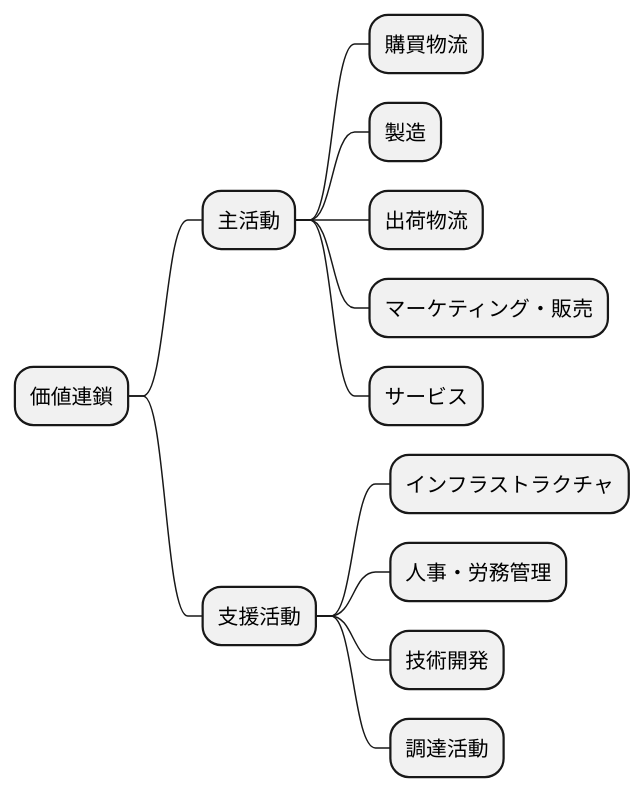
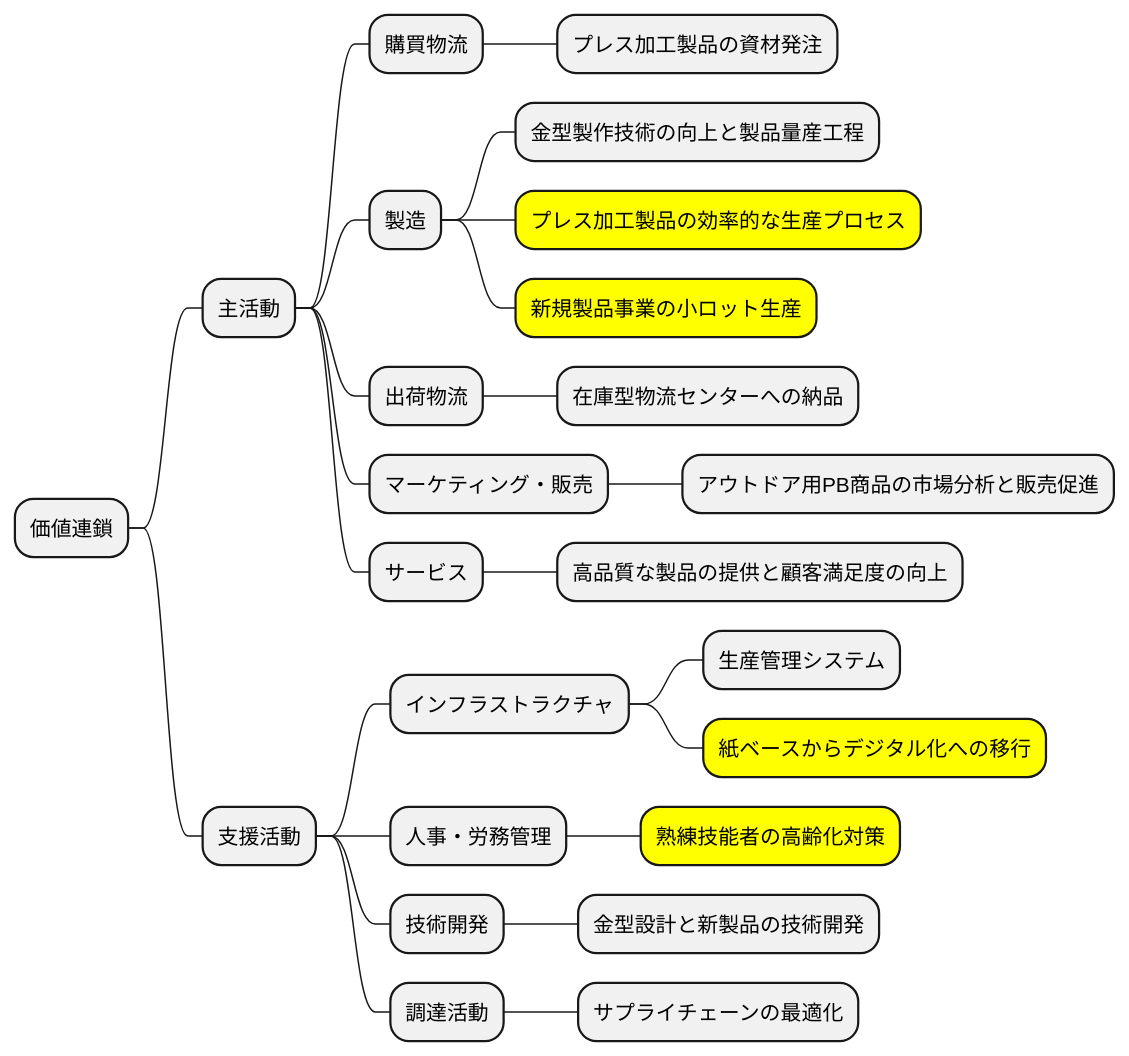
Before and after one commit to k2works/case-sutudy-business-analysis: the tenth of 16 diagrams in docs/case/r04_case_3.adoc, drawn with PlantUML. The commit also changed other lines of this file and 1 other file, not shown here.

```diff
--- a/docs/case/r04_case_3.adoc
+++ b/docs/case/r04_case_3.adoc
@@ -382,19 +390,29 @@
 [plantuml]
 ----
 @startmindmap
-
 * 価値連鎖
 ** 主活動
 *** 購買物流
+**** プレス加工製品の資材発注
 *** 製造
+**** 金型製作技術の向上と製品量産工程
+****[#yellow] プレス加工製品の効率的な生産プロセス
+****[#yellow] 新規製品事業の小ロット生産
 *** 出荷物流
+**** 在庫型物流センターへの納品
 *** マーケティング・販売
+**** アウトドア用PB商品の市場分析と販売促進
 *** サービス
+**** 高品質な製品の提供と顧客満足度の向上
 ** 支援活動
 *** インフラストラクチャ
+**** 生産管理システム
+****[#yellow] 紙ベースからデジタル化への移行
 *** 人事・労務管理
+****[#yellow] 熟練技能者の高齢化対策
 *** 技術開発
+**** 金型設計と新製品の技術開発
 *** 調達活動
-
+**** サプライチェーンの最適化
 @endmindmap
 ----
```
